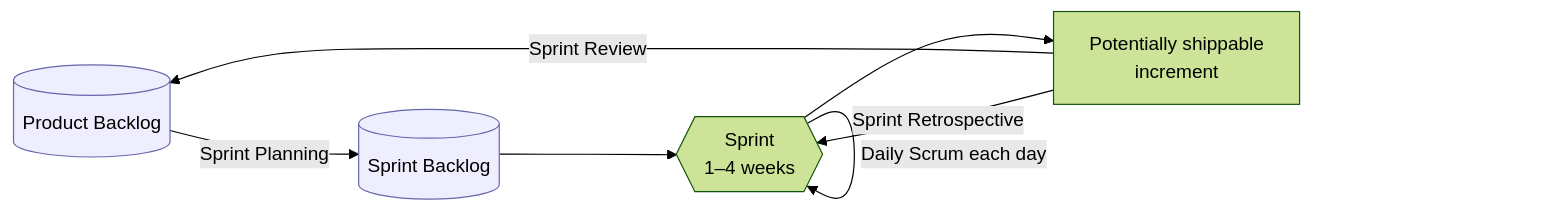
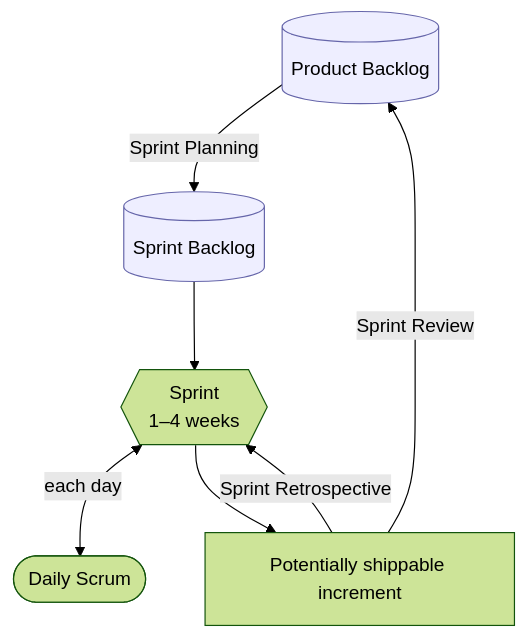
The first of 5 diagrams in chapters/02-software-development-processes/README.md (vrthra/open-swe-book), drawn with Mermaid (forest theme) before and after one commit. The commit also changed other lines of this file and 23 other files, not shown here.

Commit message:
Update tab order and fixed diagrams

````diff
--- a/chapters/02-software-development-processes/README.md
+++ b/chapters/02-software-development-processes/README.md
@@ -142,11 +142,11 @@
 ```mermaid
-flowchart LR
+flowchart TD
     PB[(Product Backlog)] -->|Sprint Planning| SB[(Sprint Backlog)]
     SB --> S{{Sprint<br/>1–4 weeks}}
-    S -->|Daily Scrum each day| S
-    S --> INC[Potentially shippable<br/>increment]
+    S <-->|each day| DS([Daily Scrum])
+    S --> INC[Potentially shippable increment]
+    INC -->|Sprint Retrospective| S
     INC -->|Sprint Review| PB
-    INC -->|Sprint Retrospective| S
     classDef art fill:#eef,stroke:#66a,color:#000;
     class PB,SB art;
 ```
````
